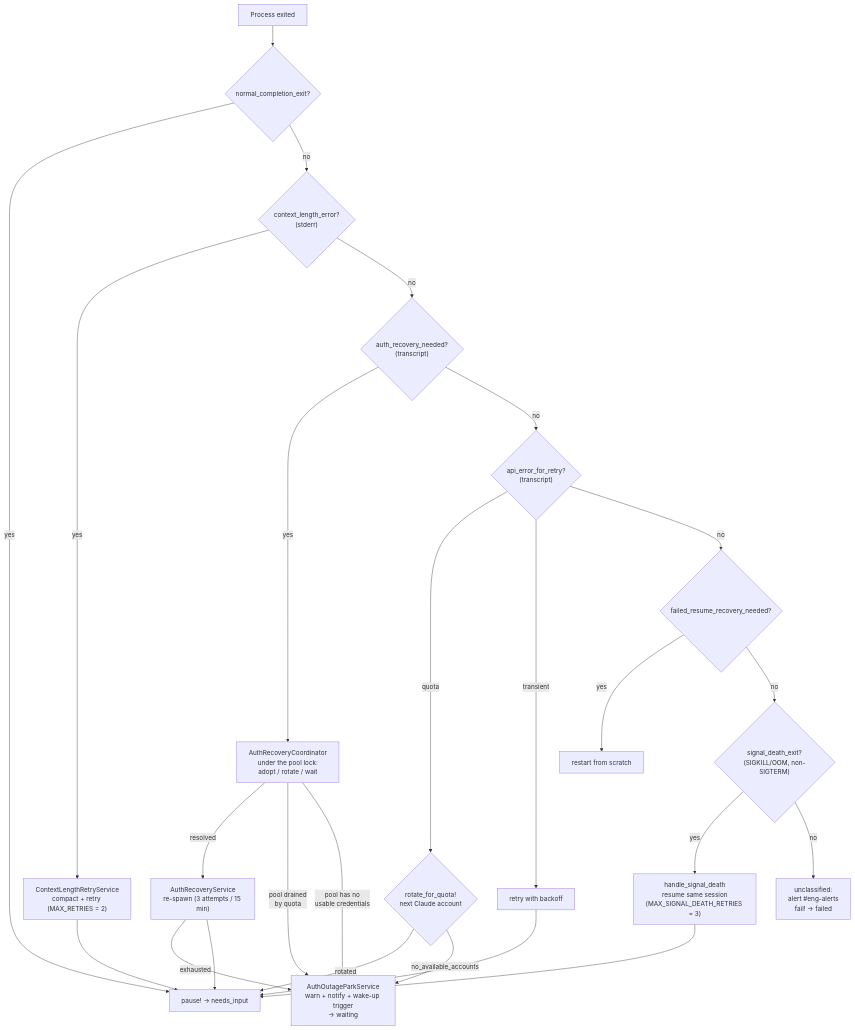
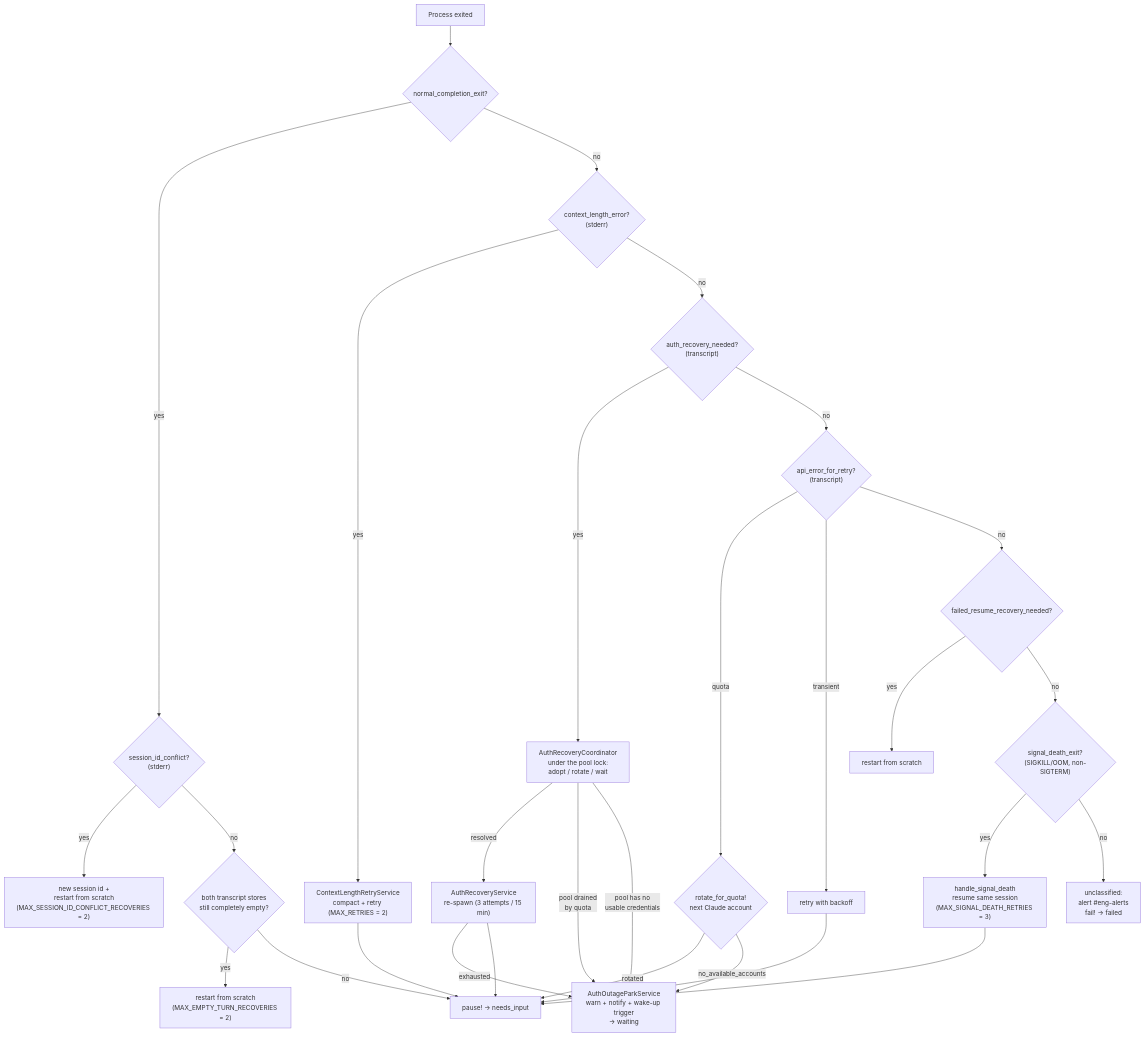
One commit to tadasant/zimmer changed the diagram in docs/src/content/docs/sessions/spawning.md. Above: the diagram before and after it, drawn with Mermaid. The commit also changed other lines of this file and 13 other files, not shown here.

````diff
--- a/docs/src/content/docs/sessions/spawning.md
+++ b/docs/src/content/docs/sessions/spawning.md
@@ -263,27 +263,31 @@
 ```mermaid
 flowchart TD
     E["Process exited"] --> N{"normal_completion_exit?"}
-    N -->|yes| P["pause! → needs_input"]
+    N -->|yes| SI{"session_id_conflict?<br/>(stderr)"}
+    SI -->|yes| SIR["new session id +<br/>restart from scratch<br/>(MAX_SESSION_ID_CONFLICT_RECOVERIES = 2)"]
+    SI -->|no| ET{"both transcript stores<br/>still completely empty?"}
+    ET -->|yes| ETR["restart from scratch<br/>(MAX_EMPTY_TURN_RECOVERIES = 2)"]
+    ET -->|no| P["pause! → needs_input"]
     N -->|no| C{"context_length_error?<br/>(stderr)"}
     C -->|yes| CR["ContextLengthRetryService<br/>compact + retry (MAX_RETRIES = 2)"]
     C -->|no| A{"auth_recovery_needed?<br/>(transcript)"}
     A -->|yes| AC["AuthRecoveryCoordinator<br/>under the pool lock:<br/>adopt / rotate / wait"]
     AC -->|resolved| AR["AuthRecoveryService<br/>re-spawn (3 attempts / 15 min)"]
     AC -->|"pool drained<br/>by quota"| PARK["AuthOutageParkService<br/>warn + notify + wake-up trigger<br/>→ waiting"]
     AC -->|"pool has no<br/>usable credentials"| PARK
     AR -->|exhausted| PARK
     A -->|no| Q{"api_error_for_retry?<br/>(transcript)"}
     Q -->|quota| RO{"rotate_for_quota!<br/>next Claude account"}
     RO -->|rotated| P
     RO -->|no_available_accounts| PARK
     Q -->|transient| RT["retry with backoff"]
     Q -->|no| F{"failed_resume_recovery_needed?"}
     F -->|yes| FR["restart from scratch"]
     F -->|no| SD{"signal_death_exit?<br/>(SIGKILL/OOM, non-SIGTERM)"}
     SD -->|yes| SDR["handle_signal_death<br/>resume same session<br/>(MAX_SIGNAL_DEATH_RETRIES = 3)"]
     SD -->|no| FAIL["unclassified:<br/>alert #eng-alerts<br/>fail! → failed"]
     CR --> P
     AR --> P
     RT --> P
     SDR --> P
 ```
````
